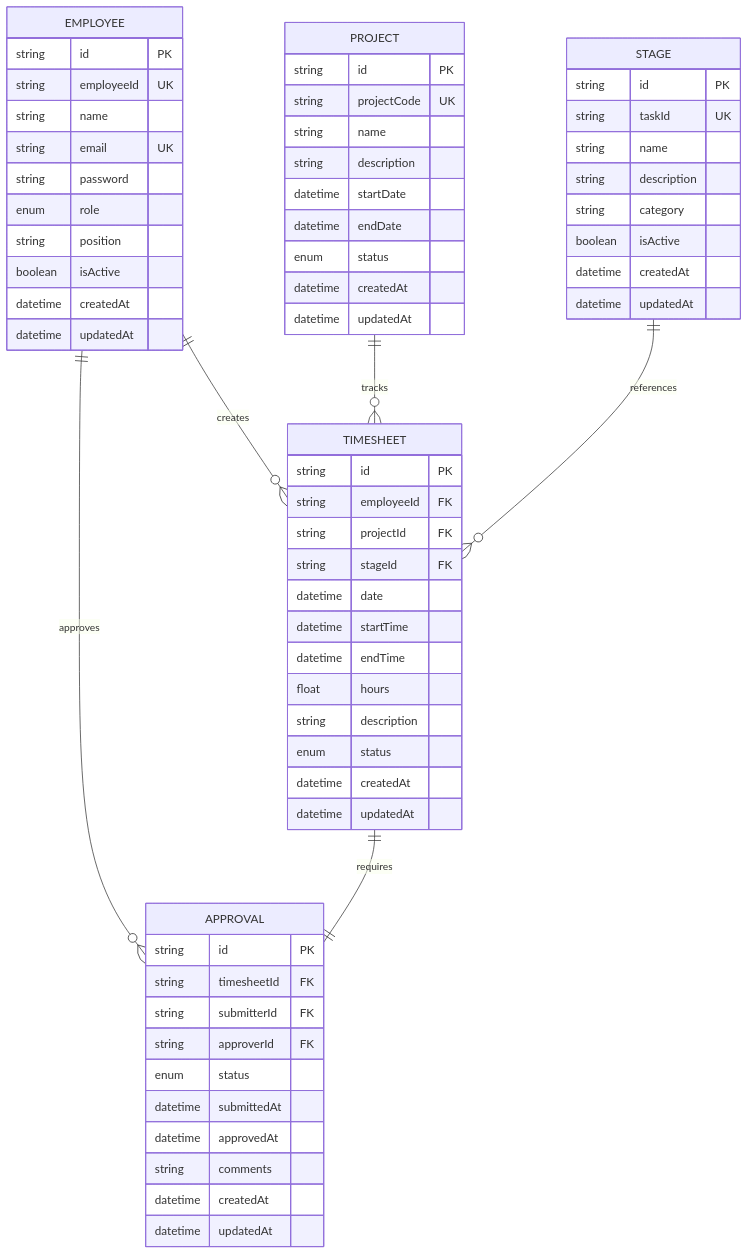
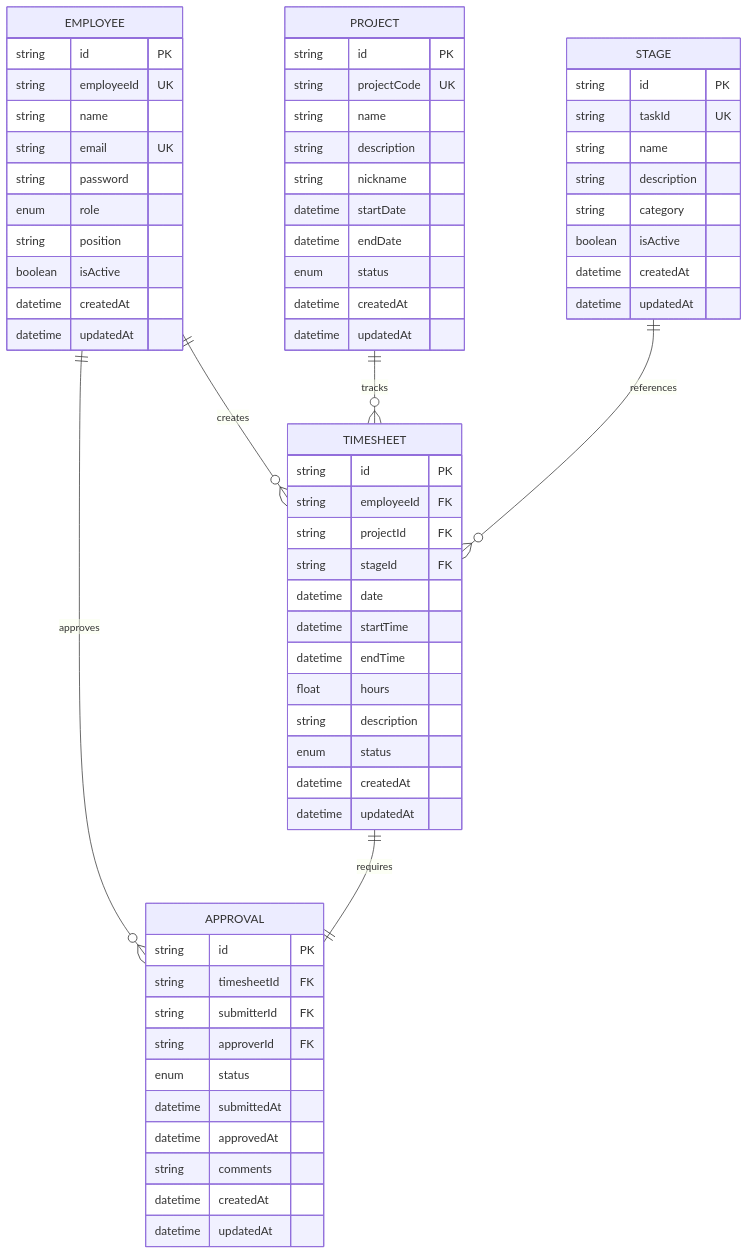
One commit to gearzhan/PRMKit changed the third of 3 diagrams in .trae/documents/PRMKit技术架构文档.md. Above: the diagram before and after it, drawn with Mermaid. The commit also changed other lines of this file and 26 other files, not shown here.

````diff
--- a/.trae/documents/PRMKit技术架构文档.md
+++ b/.trae/documents/PRMKit技术架构文档.md
@@ -357,72 +396,73 @@
 ```mermaid
 erDiagram
     EMPLOYEE ||--o{ TIMESHEET : creates
     EMPLOYEE ||--o{ APPROVAL : approves
     PROJECT ||--o{ TIMESHEET : tracks
     STAGE ||--o{ TIMESHEET : references
     TIMESHEET ||--|| APPROVAL : requires
     
     EMPLOYEE {
         string id PK
         string employeeId UK
         string name
         string email UK
         string password
         enum role
         string position
         boolean isActive
         datetime createdAt
         datetime updatedAt
     }
     
     PROJECT {
         string id PK
         string projectCode UK
         string name
         string description
+        string nickname
         datetime startDate
         datetime endDate
         enum status
         datetime createdAt
         datetime updatedAt
     }
     
     TIMESHEET {
         string id PK
         string employeeId FK
         string projectId FK
         string stageId FK
         datetime date
         datetime startTime
         datetime endTime
         float hours
         string description
         enum status
         datetime createdAt
         datetime updatedAt
     }
     
     APPROVAL {
         string id PK
         string timesheetId FK
         string submitterId FK
         string approverId FK
         enum status
         datetime submittedAt
         datetime approvedAt
         string comments
         datetime createdAt
         datetime updatedAt
     }
     
     STAGE {
         string id PK
         string taskId UK
         string name
         string description
         string category
         boolean isActive
         datetime createdAt
         datetime updatedAt
     }
 ```
````
